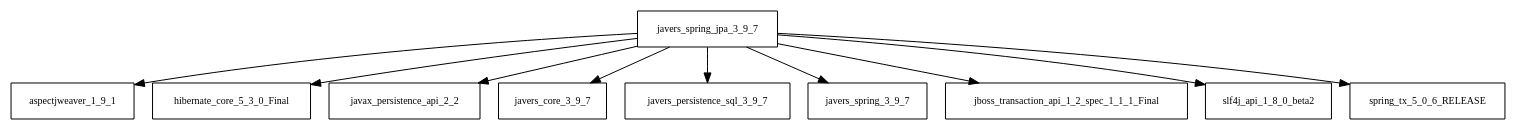
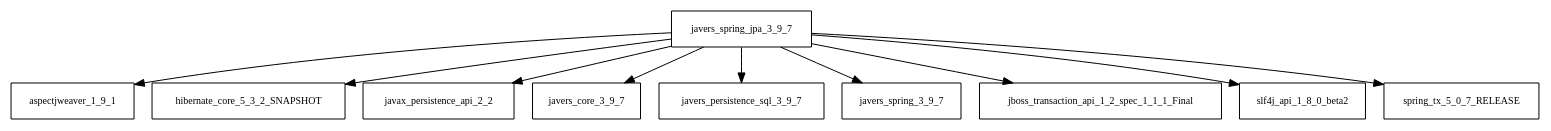
The diagram in tattleTaleReport/graphviz/javers-spring-jpa-3.9.7.jar/javers-spring-jpa-3.9.7.jar.dot (sjvs/cia), drawn with Graphviz before and after one commit. The commit also changed 2050 other files, not shown here.

```diff
--- a/tattleTaleReport/graphviz/javers-spring-jpa-3.9.7.jar/javers-spring-jpa-3.9.7.jar.dot
+++ b/tattleTaleReport/graphviz/javers-spring-jpa-3.9.7.jar/javers-spring-jpa-3.9.7.jar.dot
@@ -1,12 +1,12 @@
 digraph javers_spring_jpa_3_9_7_dependencies {
   node [shape = box, fontsize=10.0];
   javers_spring_jpa_3_9_7 -> aspectjweaver_1_9_1;
-  javers_spring_jpa_3_9_7 -> hibernate_core_5_3_0_Final;
+  javers_spring_jpa_3_9_7 -> hibernate_core_5_3_2_SNAPSHOT;
   javers_spring_jpa_3_9_7 -> javax_persistence_api_2_2;
   javers_spring_jpa_3_9_7 -> javers_core_3_9_7;
   javers_spring_jpa_3_9_7 -> javers_persistence_sql_3_9_7;
   javers_spring_jpa_3_9_7 -> javers_spring_3_9_7;
   javers_spring_jpa_3_9_7 -> jboss_transaction_api_1_2_spec_1_1_1_Final;
   javers_spring_jpa_3_9_7 -> slf4j_api_1_8_0_beta2;
-  javers_spring_jpa_3_9_7 -> spring_tx_5_0_6_RELEASE;
+  javers_spring_jpa_3_9_7 -> spring_tx_5_0_7_RELEASE;
 }
```
